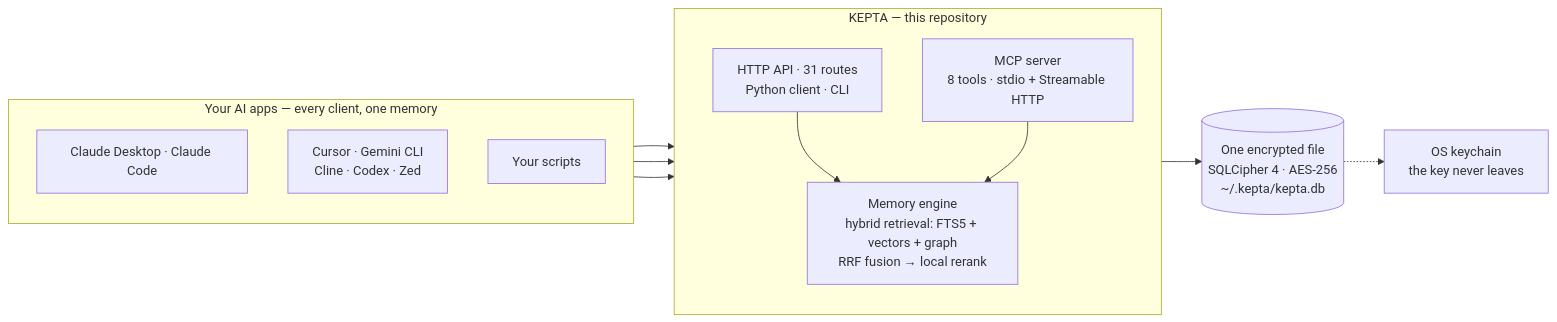
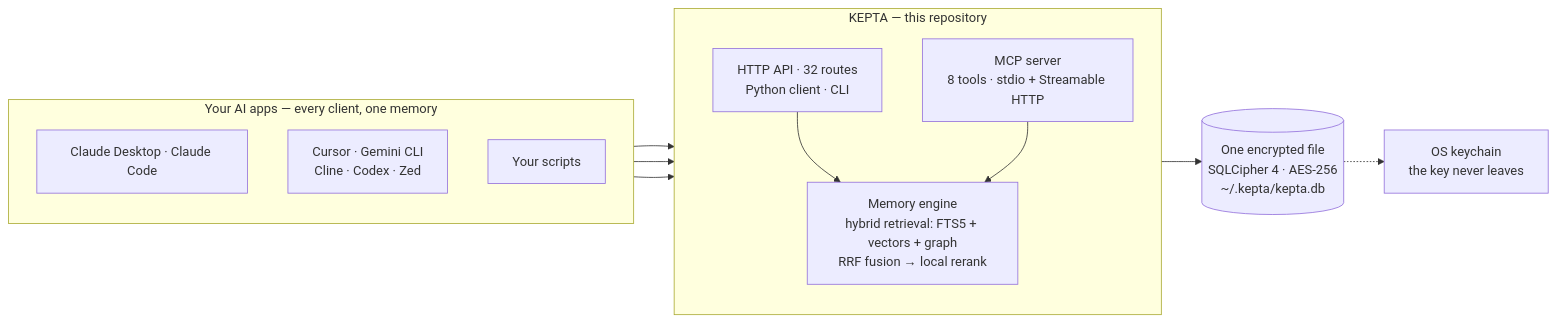
The first of 2 diagrams in README.md (DamianTodorovic/kepta), drawn with Mermaid before and after one commit. The commit also changed other lines of this file and 96 other files, not shown here.

First line of the commit message:
stand der audit-welle: graph-dienst, satzung, zeit-semantik, zahlenwachen

````diff
--- a/README.md
+++ b/README.md
@@ -16,24 +16,24 @@
 ```mermaid
 flowchart LR
   subgraph Apps["Your AI apps — every client, one memory"]
     direction TB
     A["Claude Desktop · Claude Code"]
     B["Cursor · Gemini CLI<br/>Cline · Codex · Zed"]
     C["Your scripts"]
   end
   subgraph KEPTA["KEPTA — this repository"]
     direction TB
     M["MCP server<br/>8 tools · stdio + Streamable HTTP"]
-    G["HTTP API · 31 routes<br/>Python client · CLI"]
+    G["HTTP API · 32 routes<br/>Python client · CLI"]
     E["Memory engine<br/>hybrid retrieval: FTS5 + vectors + graph<br/>RRF fusion → local rerank"]
   end
   D[("One encrypted file<br/>SQLCipher 4 · AES-256<br/>~/.kepta/kepta.db")]
   K["OS keychain<br/>the key never leaves"]
   A --> M
   B --> M
   C --> G
   G --> E
   M --> E
   E --> D
   D -.-> K
 ```
````
